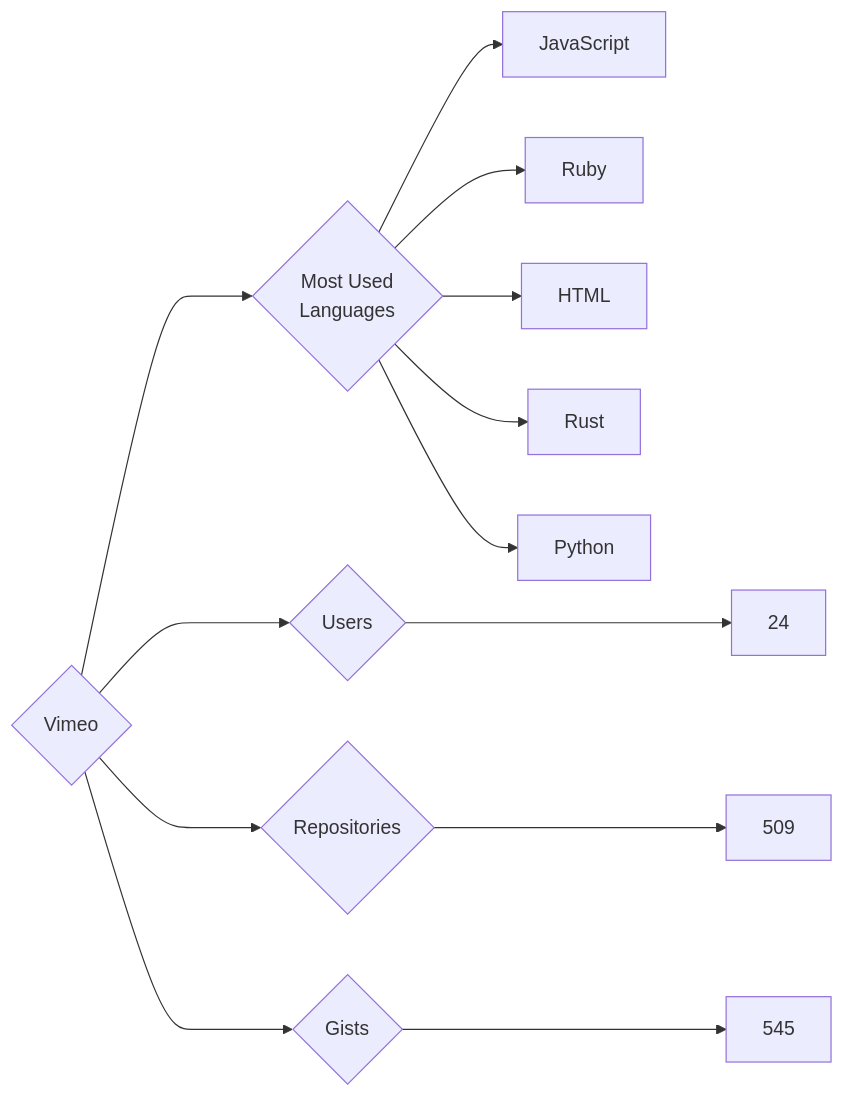
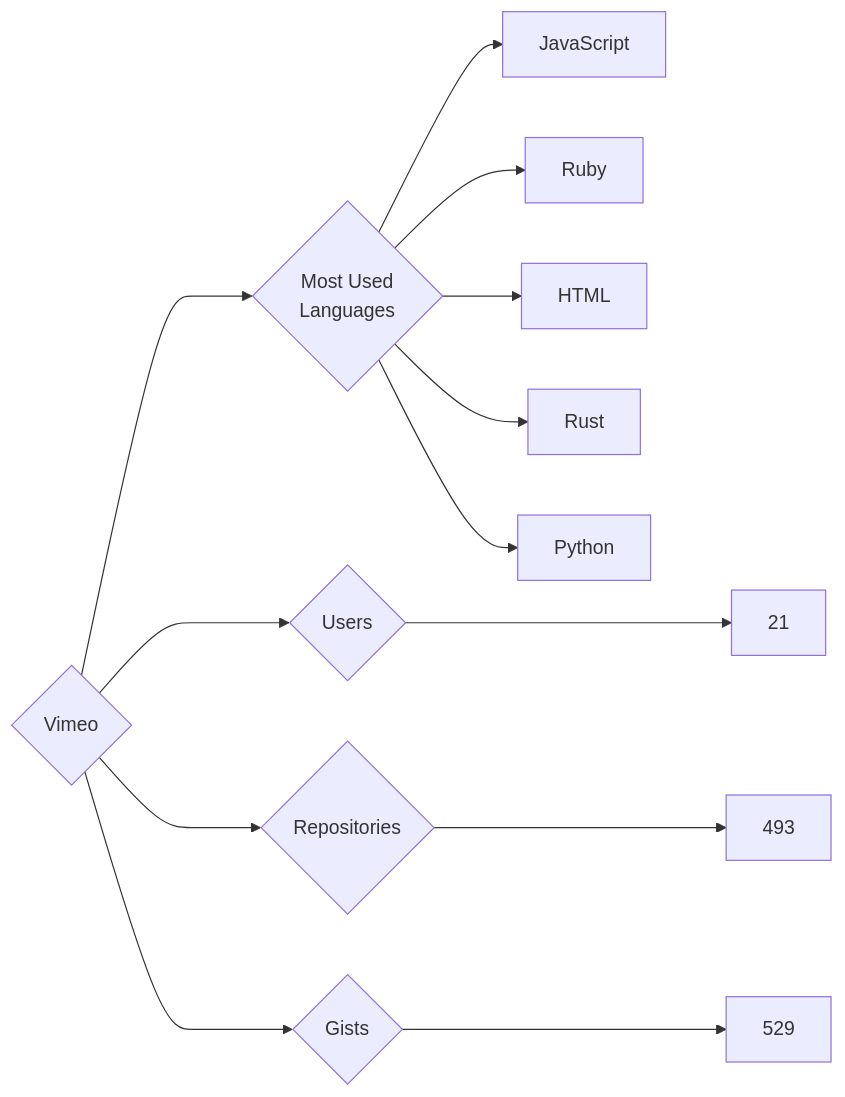
The diagram in targets/Vimeo/README.md (trickest/insiders), drawn with Mermaid before and after one commit. The commit also changed 969 other files, not shown here.

````diff
--- a/targets/Vimeo/README.md
+++ b/targets/Vimeo/README.md
@@ -3,13 +3,13 @@
 ```mermaid
 graph LR
 COMPANY_NAME{Vimeo}
-COMPANY_NAME ---> U{Users} ---> UN[24]
-COMPANY_NAME ---> R{Repositories} ---> RN[509]
-COMPANY_NAME ---> G{Gists} ---> GN[545]
+COMPANY_NAME ---> U{Users} ---> UN[21]
+COMPANY_NAME ---> R{Repositories} ---> RN[493]
+COMPANY_NAME ---> G{Gists} ---> GN[529]
 COMPANY_NAME ---> ML{Most Used<br>Languages}
 ML --> JavaScript[JavaScript]
 ML --> Ruby[Ruby]
 ML --> HTML[HTML]
 ML --> Rust[Rust]
 ML --> Python[Python]
 ```
````
